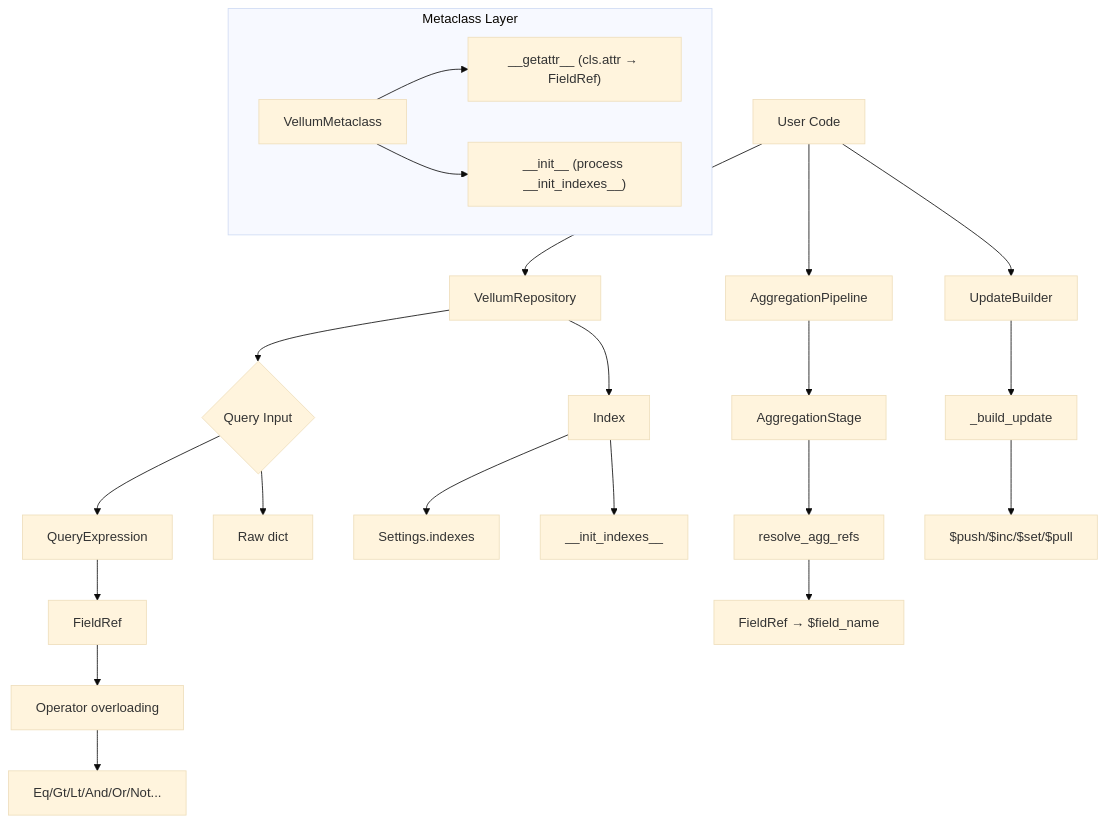
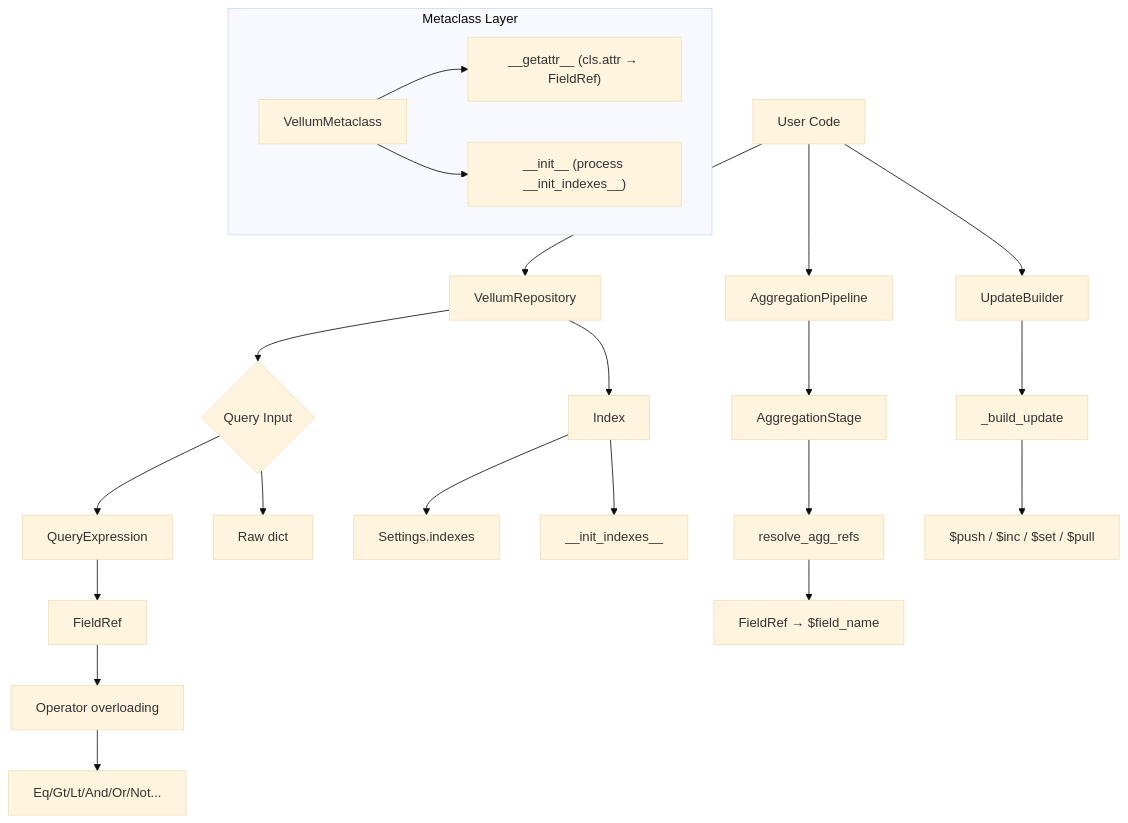
Before and after one commit to wailbentafat/Vellum: the third of 3 diagrams in docs/blog/part-2-architecture.md, drawn with Mermaid (base theme). The commit also changed 61 other files, not shown here.

Commit message:
fix: mermaid special chars in blog diagrams

````diff
--- a/docs/blog/part-2-architecture.md
+++ b/docs/blog/part-2-architecture.md
@@ -314,30 +314,30 @@
 ```mermaid
 flowchart TD
     A[User Code] --> B[VellumRepository]
     A --> C[AggregationPipeline]
     A --> D[UpdateBuilder]
 
     B --> E{Query Input}
     E --> F[QueryExpression]
     E --> G[Raw dict]
 
     F --> H[FieldRef]
     H --> I[Operator overloading]
     I --> J[Eq/Gt/Lt/And/Or/Not...]
 
     C --> K[AggregationStage]
     K --> L[resolve_agg_refs]
-    L --> M[FieldRef → $field_name]
+    L --> M["FieldRef → $field_name"]
 
     D --> N[_build_update]
-    N --> O[$push/$inc/$set/$pull]
+    N --> O["$push / $inc / $set / $pull"]
 
     B --> P[Index]
     P --> Q[Settings.indexes]
     P --> R[__init_indexes__]
 
     subgraph "Metaclass Layer"
         S[VellumMetaclass] --> T["__getattr__ (cls.attr → FieldRef)"]
         S --> U["__init__ (process __init_indexes__)"]
     end
 ```
````
